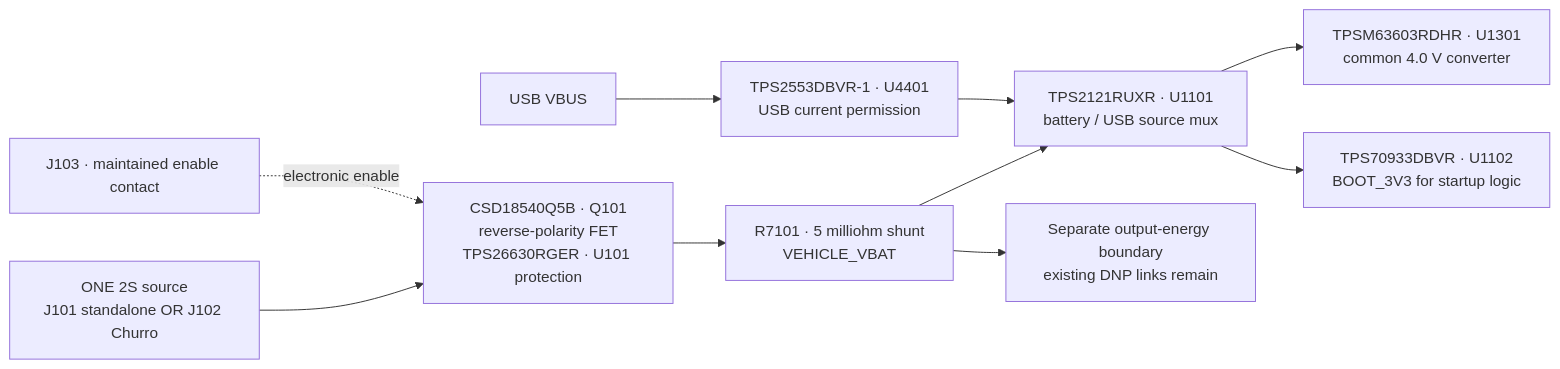
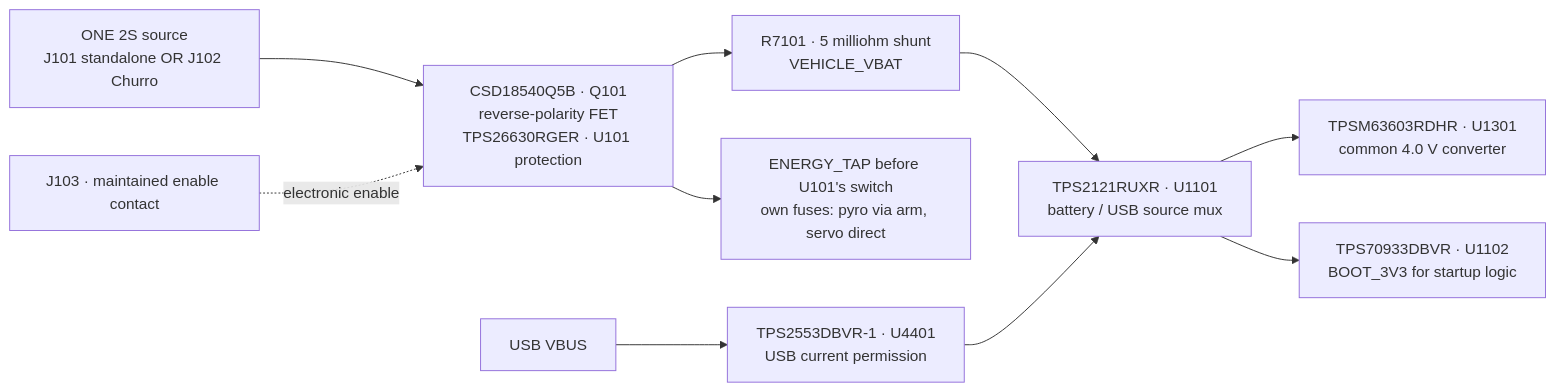
One commit to ULAS-HiPR/Ogma2 changed the first of 2 diagrams in docs/architecture/02-power.md. Above: the diagram before and after it, drawn with Mermaid. The commit also changed other lines of this file and 25 other files, not shown here.

````diff
--- a/docs/architecture/02-power.md
+++ b/docs/architecture/02-power.md
@@ -20,21 +20,21 @@
 ```mermaid
 flowchart LR
   B["ONE 2S source
 J101 standalone OR J102 Churro"] --> Q["CSD18540Q5B · Q101
 reverse-polarity FET
 TPS26630RGER · U101 protection"]
   Q --> V["R7101 · 5 milliohm shunt
 VEHICLE_VBAT"]
   V --> M["TPS2121RUXR · U1101
 battery / USB source mux"]
   EN["J103 · maintained enable contact"] -.->|"electronic enable"| Q
   U["USB VBUS"] --> UL["TPS2553DBVR-1 · U4401
 USB current permission"]
   UL --> M
   M --> K["TPSM63603RDHR · U1301
 common 4.0 V converter"]
   M --> BS["TPS70933DBVR · U1102
 BOOT_3V3 for startup logic"]
-  V --> O["Separate output-energy boundary
-existing DNP links remain"]
+  Q --> O["ENERGY_TAP before U101's switch
+own fuses: pyro via arm, servo direct"]
 ```
````
